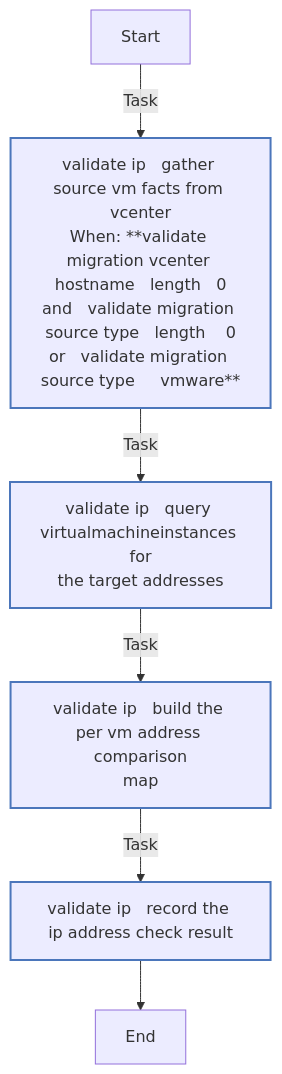
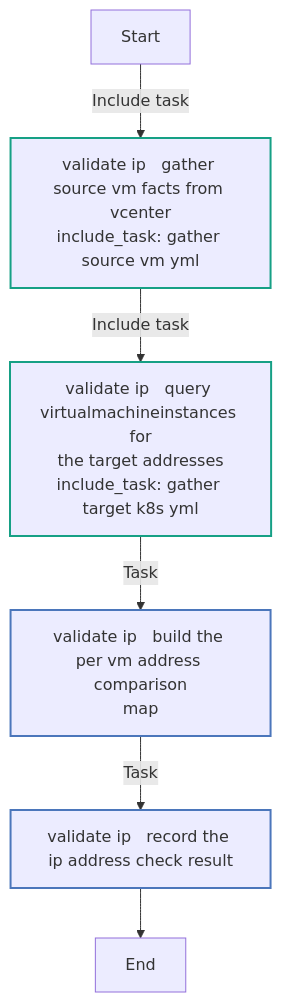
The tenth of 13 diagrams in roles/validate_migration/README.md (redhat-cop/openshift_virtualization_migration), drawn with Mermaid before and after one commit. The commit also changed other lines of this file and 10 other files, not shown here.

````diff
--- a/roles/validate_migration/README.md
+++ b/roles/validate_migration/README.md
@@ -492,18 +540,18 @@
 ```mermaid
 flowchart TD
 Start
 classDef block stroke:#3498db,stroke-width:2px;
 classDef task stroke:#4b76bb,stroke-width:2px;
 classDef includeTasks stroke:#16a085,stroke-width:2px;
 classDef importTasks stroke:#34495e,stroke-width:2px;
 classDef includeRole stroke:#2980b9,stroke-width:2px;
 classDef importRole stroke:#699ba7,stroke-width:2px;
 classDef includeVars stroke:#8e44ad,stroke-width:2px;
 classDef rescue stroke:#665352,stroke-width:2px;
 
-  Start-->|Task| validate_ip___Gather_source_VM_facts_from_vCenter0[validate ip   gather source vm facts from vcenter<br>When: **validate migration vcenter hostname   length   0<br>and   validate migration source type   length    0<br>or   validate migration source type     vmware**]:::task
-  validate_ip___Gather_source_VM_facts_from_vCenter0-->|Task| validate_ip___Query_VirtualMachineInstances_for_the_target_addresses1[validate ip   query virtualmachineinstances for<br>the target addresses]:::task
-  validate_ip___Query_VirtualMachineInstances_for_the_target_addresses1-->|Task| validate_ip___Build_the_per_VM_address_comparison_map2[validate ip   build the per vm address comparison<br>map]:::task
+  Start-->|Include task| validate_ip___Gather_source_VM_facts_from_vCenter_gather_source_vm_yml_0[validate ip   gather source vm facts from vcenter<br>include_task: gather source vm yml]:::includeTasks
+  validate_ip___Gather_source_VM_facts_from_vCenter_gather_source_vm_yml_0-->|Include task| validate_ip___Query_VirtualMachineInstances_for_the_target_addresses_gather_target_k8s_yml_1[validate ip   query virtualmachineinstances for<br>the target addresses<br>include_task: gather target k8s yml]:::includeTasks
+  validate_ip___Query_VirtualMachineInstances_for_the_target_addresses_gather_target_k8s_yml_1-->|Task| validate_ip___Build_the_per_VM_address_comparison_map2[validate ip   build the per vm address comparison<br>map]:::task
   validate_ip___Build_the_per_VM_address_comparison_map2-->|Task| validate_ip___Record_the_IP_address_check_result3[validate ip   record the ip address check result]:::task
   validate_ip___Record_the_IP_address_check_result3-->End
 ```
````
